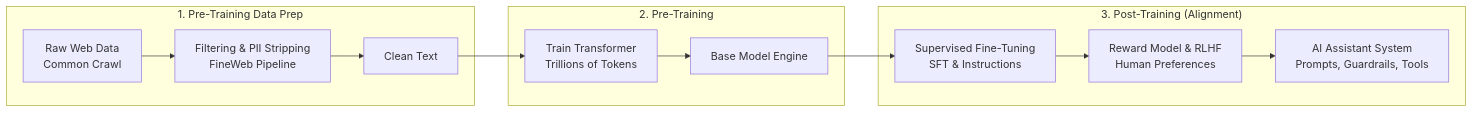
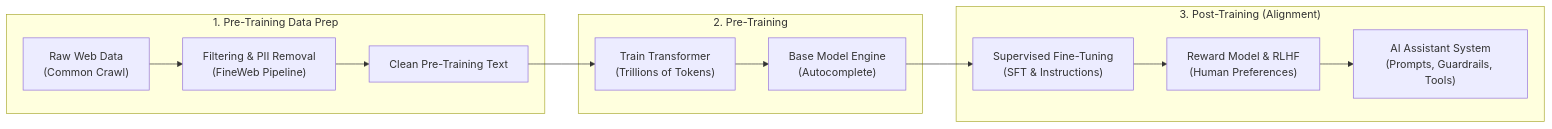
Before and after one commit to Nishant8826/theory-leaning: the first of 3 diagrams in Nameste-AI/Season_01/07_From_a_Base_Model_to_an_AI_Assistant.md, drawn with Mermaid. The commit also changed other lines of this file and 8 other files, not shown here.

````diff
--- a/Nameste-AI/Season_01/07_From_a_Base_Model_to_an_AI_Assistant.md
+++ b/Nameste-AI/Season_01/07_From_a_Base_Model_to_an_AI_Assistant.md
@@ -51,18 +52,18 @@
 ```mermaid
 flowchart LR
     subgraph STAGE1 ["1. Pre-Training Data Prep"]
-    A[Raw Web Data\nCommon Crawl] --> B[Filtering & PII Stripping\nFineWeb Pipeline]
-    B --> C[Clean Text]
+    A["Raw Web Data\n(Common Crawl)"] --> B["Filtering & PII Removal\n(FineWeb Pipeline)"]
+    B --> C["Clean Pre-Training Text"]
     end
     
     subgraph STAGE2 ["2. Pre-Training"]
-    C --> D[Train Transformer\nTrillions of Tokens]
-    D --> E[Base Model Engine]
+    C --> D["Train Transformer\n(Trillions of Tokens)"]
+    D --> E["Base Model Engine\n(Autocomplete)"]
     end
     
     subgraph STAGE3 ["3. Post-Training (Alignment)"]
-    E --> F[Supervised Fine-Tuning\nSFT & Instructions]
-    F --> G[Reward Model & RLHF\nHuman Preferences]
-    G --> H[AI Assistant System\nPrompts, Guardrails, Tools]
+    E --> F["Supervised Fine-Tuning\n(SFT & Instructions)"]
+    F --> G["Reward Model & RLHF\n(Human Preferences)"]
+    G --> H["AI Assistant System\n(Prompts, Guardrails, Tools)"]
     end
 ```
````
